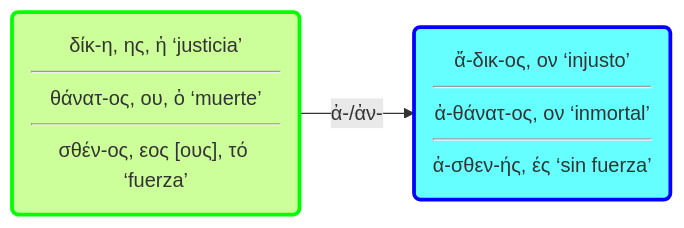
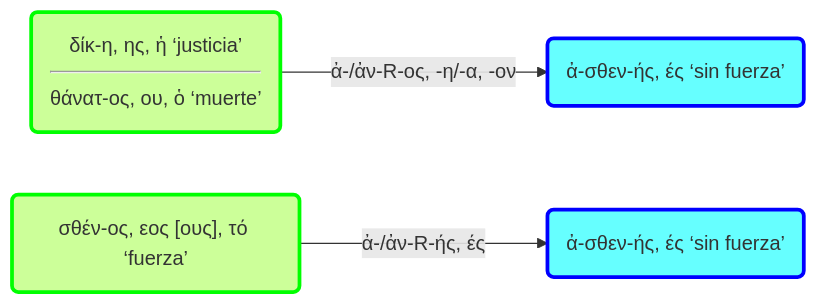
Before and after one commit to pajaro1966/Asignaturas: the second of 3 diagrams in docs/Proyecto_Innova_2025_2026/notas/Pref_a_an.md, drawn with Mermaid. The commit also changed other lines of this file and 1 other file, not shown here.

````diff
--- a/docs/Proyecto_Innova_2025_2026/notas/Pref_a_an.md
+++ b/docs/Proyecto_Innova_2025_2026/notas/Pref_a_an.md
@@ -44,34 +47,38 @@
 ```mermaid
 graph LR
 
-A2("δίκ-η, ης, ἡ ‘justicia’<hr>θάνατ-ος, ου, ὁ ‘muerte’<hr>σθέν-ος, εος [ους], τό ‘fuerza’")-->|"ἀ-/ἀν-"|B2("ἄ-δικ-ος, ον ‘injusto’<hr>ἀ-θάνατ-ος, ον ‘inmortal’<hr>ἀ-σθεν-ής, ές ‘sin fuerza’")
+A2("δίκ-η, ης, ἡ ‘justicia’<hr>θάνατ-ος, ου, ὁ ‘muerte’")-->|"ἀ-/ἀν-R-ος, -η/-α, -ον"|B2("ἀ-σθεν-ής, ές ‘sin fuerza’")
+
+A3("σθέν-ος, εος [ους], τό ‘fuerza’")-->|"ἀ-/ἀν-R-ής, ές"|B3("ἀ-σθεν-ής, ές ‘sin fuerza’")
 
 A2:::Sust
 B2:::Adj
+A3:::Sust
+B3:::Adj
 
 classDef Verb stroke:#f00, stroke-width:3px
 classDef Sust stroke:#0f0, stroke-width:3px
 classDef Adj stroke:#00f, stroke-width:3px
 classDef Adv stroke:brown, stroke-width:3px
 classDef Nada stroke:#000000, stroke-width:2px
 classDef Raíz stroke:#000000, stroke-width:3px
 
 classDef Prep stroke:black, stroke-width:3px
 
 classDef Prep stroke:yellow, stroke-width:3px
 classDef SP stroke:yellow, stroke-width:3px
 
 classDef Inf stroke-width:1px, stroke-dasharray: 10, 5
 classDef Verb fill:#ffCCCC
 classDef Sust fill:#CCff99
 classDef Adj fill:#66FFFF
 classDef Adv fill:Bisque
 classDef Nada fill:#ffffff
 classDef Raíz fill:#ffffff
 
 classDef Pref fill:LightGray
 
 classDef Prep fill:LemonChiffon
 classDef SP fill:#CCff99
 
 ```
````
